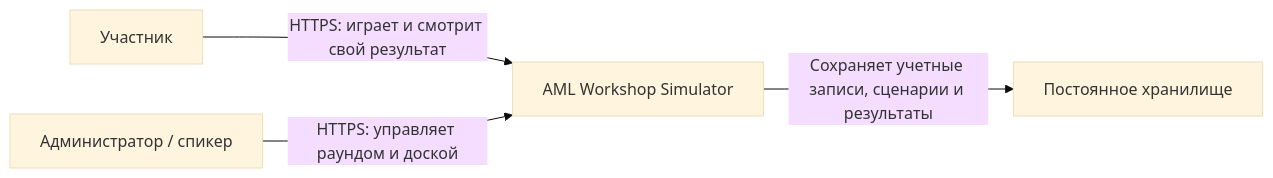
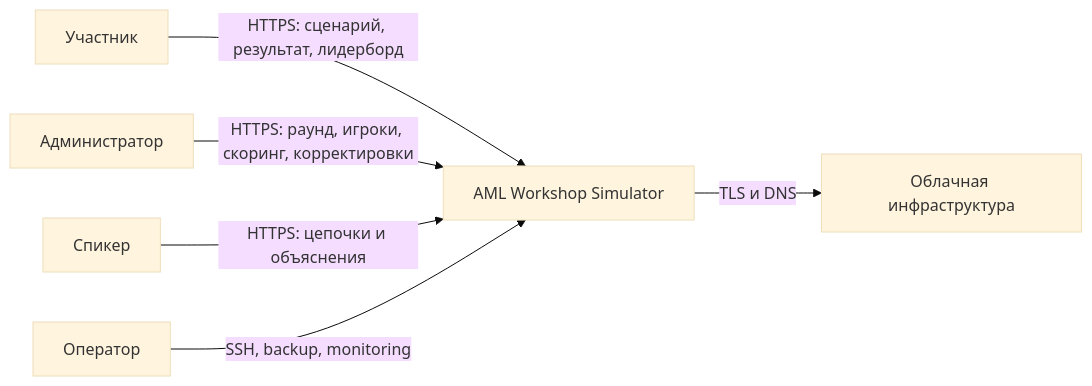
The first of 9 diagrams in docs/architecture.md (BigZet/AMLautosim), drawn with Mermaid (base theme) before and after one commit. The commit also changed other lines of this file and 14 other files, not shown here.

````diff
--- a/docs/architecture.md
+++ b/docs/architecture.md
@@ -40,6 +54,8 @@
 ```mermaid
 flowchart LR
-    participant["Участник"] -->|"HTTPS: играет и смотрит свой результат"| system["AML Workshop Simulator"]
-    admin["Администратор / спикер"] -->|"HTTPS: управляет раундом и доской"| system
-    system -->|"Сохраняет учетные записи, сценарии и результаты"| storage["Постоянное хранилище"]
+    player["Участник"] -->|"HTTPS: сценарий, результат, лидерборд"| system["AML Workshop Simulator"]
+    admin["Администратор"] -->|"HTTPS: раунд, игроки, скоринг, корректировки"| system
+    speaker["Спикер"] -->|"HTTPS: цепочки и объяснения"| system
+    operator["Оператор"] -->|"SSH, backup, monitoring"| system
+    system -->|"TLS и DNS"| provider["Облачная инфраструктура"]
 ```
````
